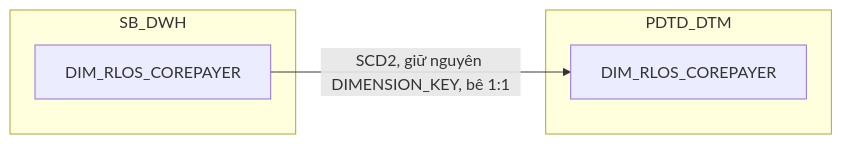
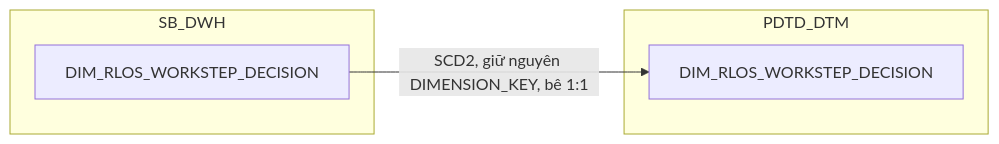
Before and after one commit to chien1198/sb-mapping-gen: diagram 12 of 18 in hld/hld_review/HLD_DIM_PDTD_DTM_review.md, drawn with Mermaid. The commit also changed other lines of this file and 183 other files, not shown here.

````diff
--- a/hld/hld_review/HLD_DIM_PDTD_DTM_review.md
+++ b/hld/hld_review/HLD_DIM_PDTD_DTM_review.md
@@ -684,10 +535,10 @@
 ```mermaid
 flowchart LR
     subgraph SB_DWH
-        D["DIM_RLOS_COREPAYER"]
+        D["DIM_RLOS_WORKSTEP_DECISION"]
     end
     subgraph PDTD_DTM
-        E["DIM_RLOS_COREPAYER"]
+        E["DIM_RLOS_WORKSTEP_DECISION"]
     end
     D -->|SCD2, giữ nguyên DIMENSION_KEY, bê 1:1| E
 ```
````
